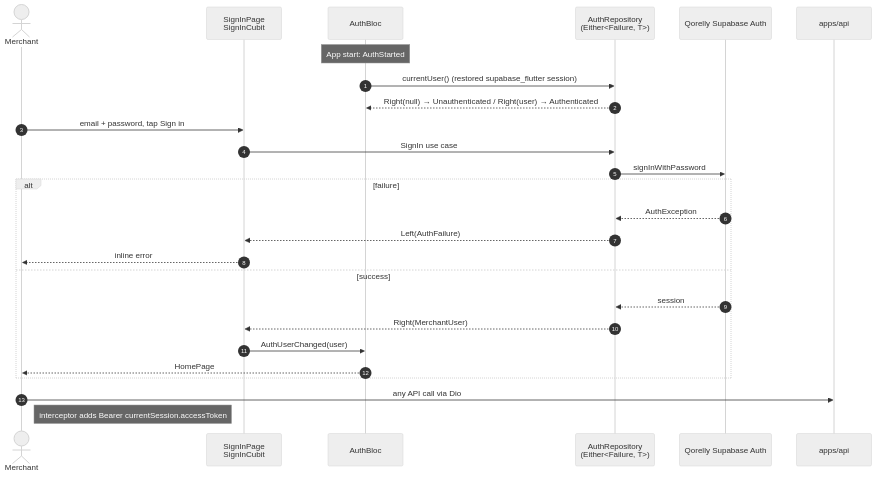
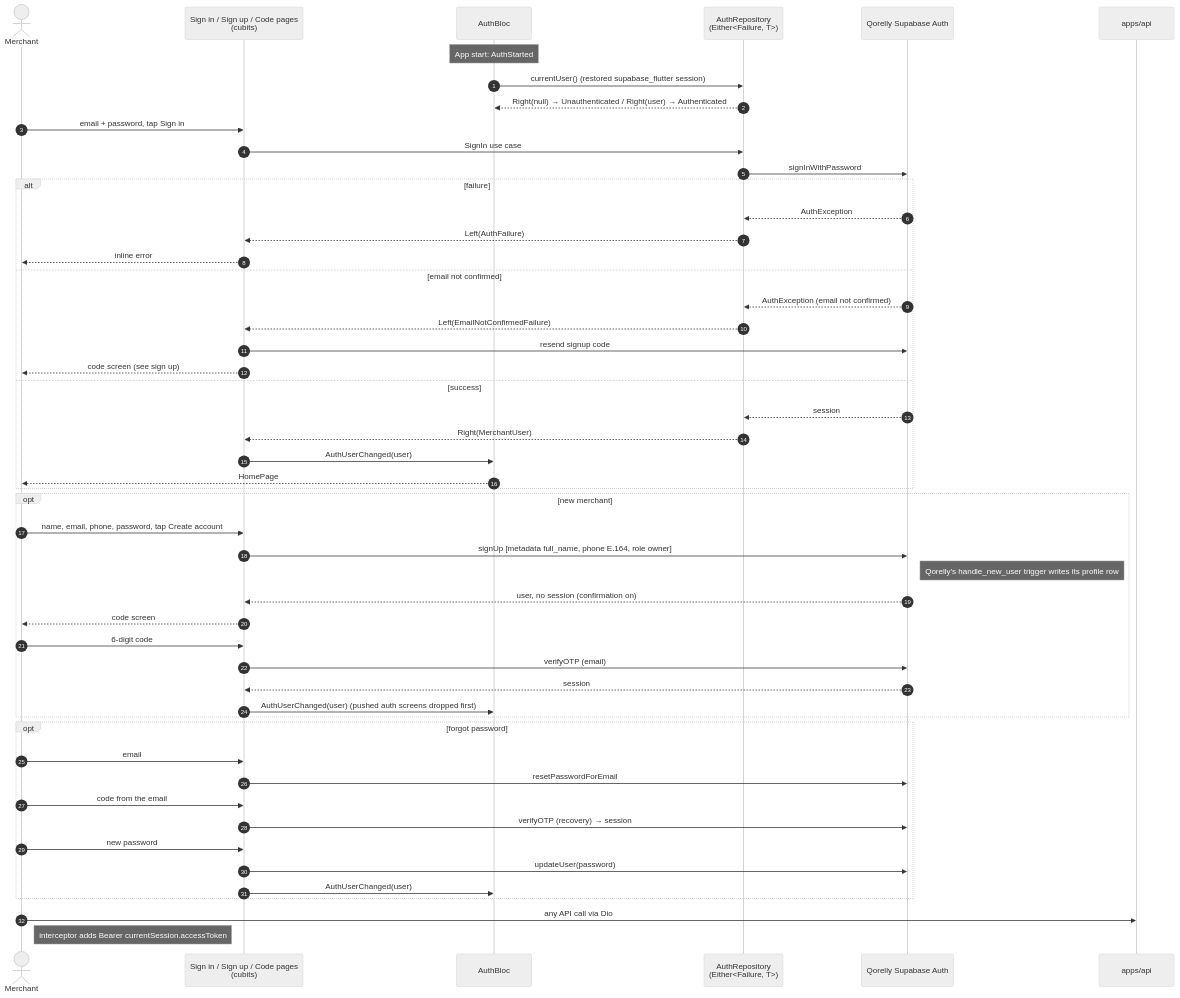
Before and after one commit to usecorehq/tally: the diagram in docs/diagrams/mermaid/auth-mobile-sequence.mmd, drawn with Mermaid. The commit also changed 34 other files, not shown here.

```diff
--- a/docs/diagrams/mermaid/auth-mobile-sequence.mmd
+++ b/docs/diagrams/mermaid/auth-mobile-sequence.mmd
@@ -1,28 +1,53 @@
 %%{init: {"theme": "neutral"} }%%
 sequenceDiagram
     autonumber
     actor U as Merchant
-    participant P as SignInPage<br/>SignInCubit
+    participant P as Sign in / Sign up / Code pages<br/>(cubits)
     participant B as AuthBloc
     participant R as AuthRepository<br/>(Either<Failure, T>)
     participant S as Qorelly Supabase Auth
     participant A as apps/api
 
     Note over B: App start: AuthStarted
     B->>R: currentUser() (restored supabase_flutter session)
     R-->>B: Right(null) → Unauthenticated / Right(user) → Authenticated
     U->>P: email + password, tap Sign in
     P->>R: SignIn use case
     R->>S: signInWithPassword
     alt failure
         S-->>R: AuthException
         R-->>P: Left(AuthFailure)
         P-->>U: inline error
+    else email not confirmed
+        S-->>R: AuthException (email not confirmed)
+        R-->>P: Left(EmailNotConfirmedFailure)
+        P->>S: resend signup code
+        P-->>U: code screen (see sign up)
     else success
         S-->>R: session
         R-->>P: Right(MerchantUser)
         P->>B: AuthUserChanged(user)
         B-->>U: HomePage
     end
+    opt new merchant
+        U->>P: name, email, phone, password, tap Create account
+        P->>S: signUp [metadata full_name, phone E.164, role owner]
+        Note right of S: Qorelly's handle_new_user trigger writes its profile row
+        S-->>P: user, no session (confirmation on)
+        P-->>U: code screen
+        U->>P: 6-digit code
+        P->>S: verifyOTP (email)
+        S-->>P: session
+        P->>B: AuthUserChanged(user) (pushed auth screens dropped first)
+    end
+    opt forgot password
+        U->>P: email
+        P->>S: resetPasswordForEmail
+        U->>P: code from the email
+        P->>S: verifyOTP (recovery) → session
+        U->>P: new password
+        P->>S: updateUser(password)
+        P->>B: AuthUserChanged(user)
+    end
     U->>A: any API call via Dio
     Note right of U: interceptor adds Bearer currentSession.accessToken
```
